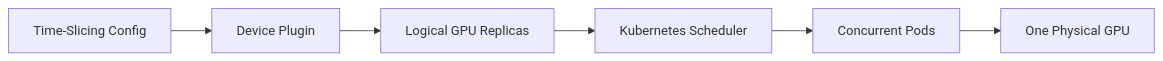
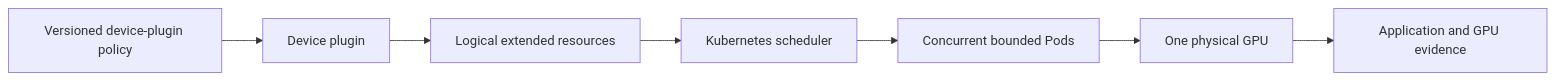
The diagram in docs/nvidia-zero-to-hero/volume-11/labs/lab-02-configure-kubernetes-gpu-time-slicing.md (jithinpnjm/nvidia-devops), drawn with Mermaid before and after one commit. The commit also changed other lines of this file and 3 other files, not shown here.

````diff
--- a/docs/nvidia-zero-to-hero/volume-11/labs/lab-02-configure-kubernetes-gpu-time-slicing.md
+++ b/docs/nvidia-zero-to-hero/volume-11/labs/lab-02-configure-kubernetes-gpu-time-slicing.md
@@ -16,11 +31,9 @@
 ```mermaid
 flowchart LR
-    Config[Time-Slicing Config]
-    Plugin[Device Plugin]
-    Node[Logical GPU Replicas]
-    Scheduler[Kubernetes Scheduler]
-    Pods[Concurrent Pods]
-    GPU[One Physical GPU]
-
-    Config --> Plugin --> Node --> Scheduler --> Pods --> GPU
+  Config[Versioned device-plugin policy] --> Plugin[Device plugin]
+  Plugin --> Node[Logical extended resources]
+  Node --> Scheduler[Kubernetes scheduler]
+  Scheduler --> Pods[Concurrent bounded Pods]
+  Pods --> GPU[One physical GPU]
+  GPU --> Metrics[Application and GPU evidence]
 ```
````
